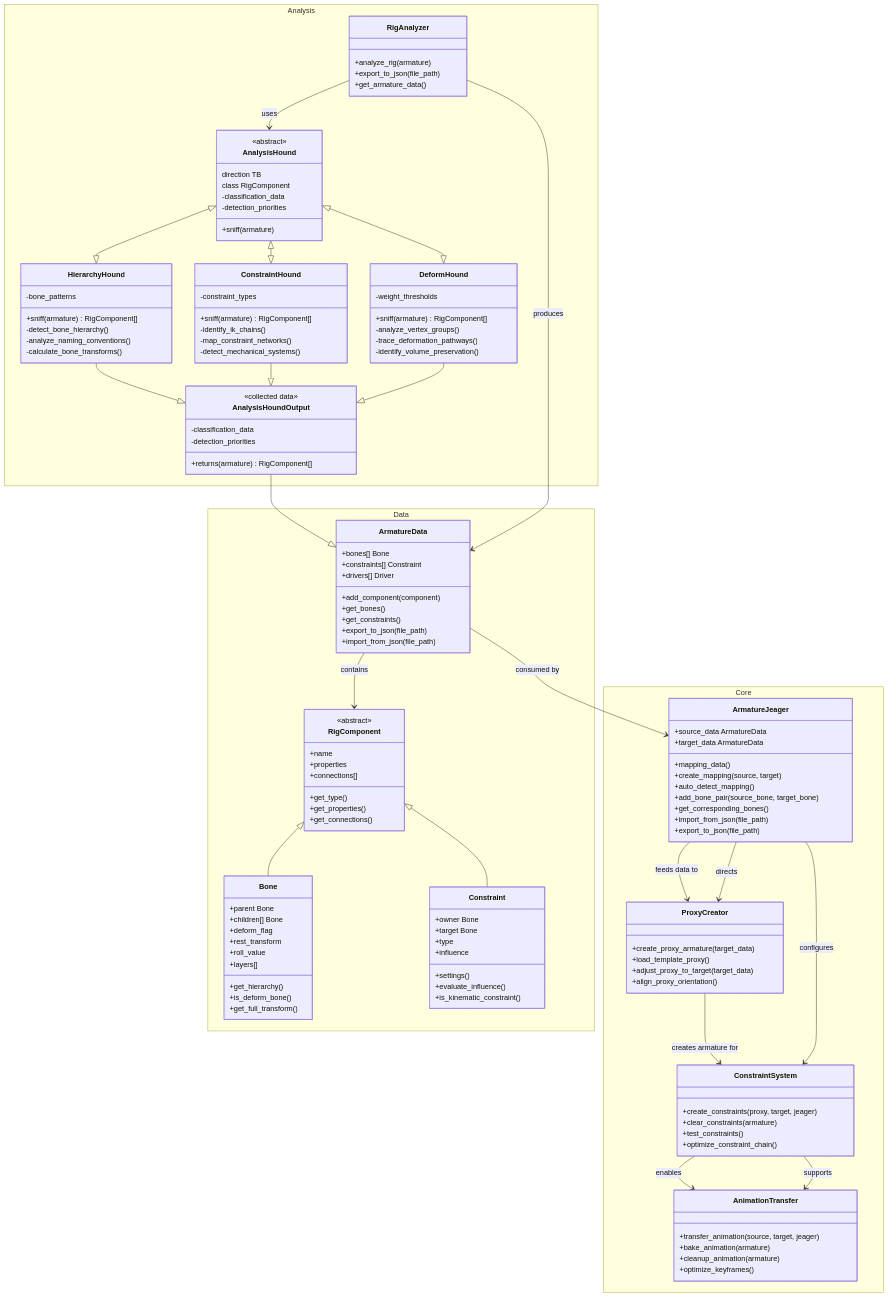
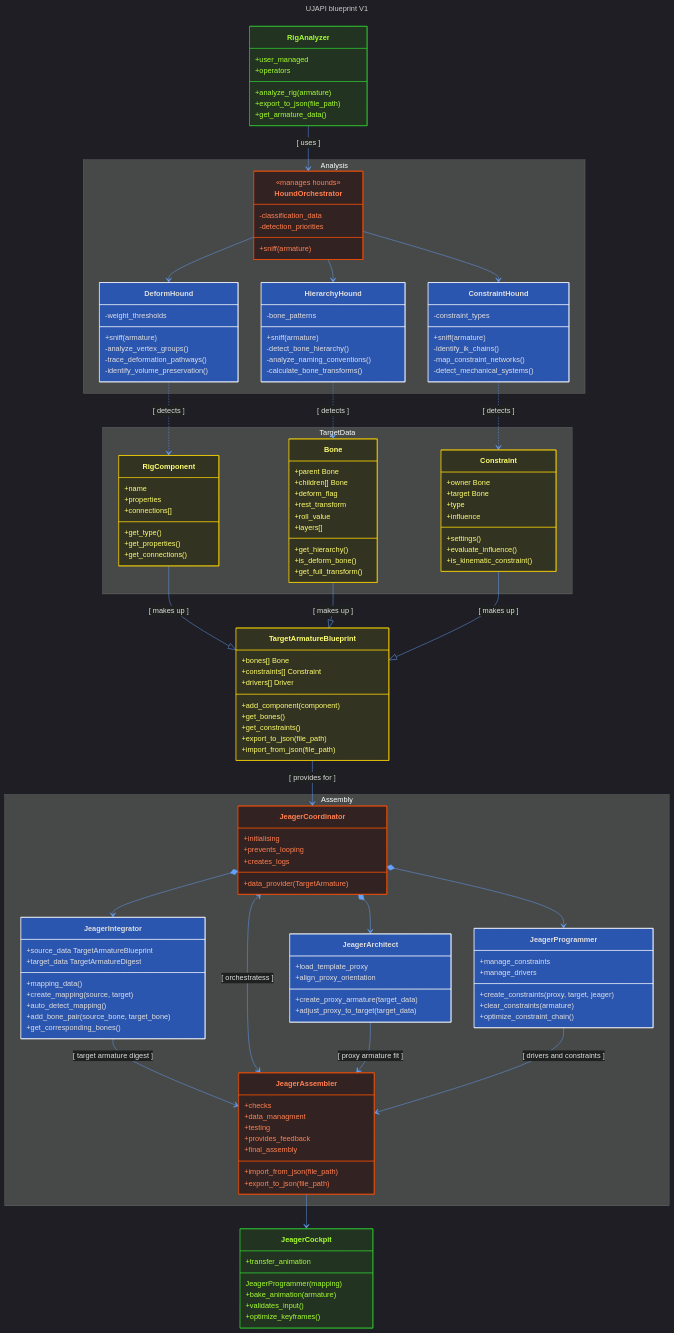
Before and after one commit to Rafael-6fx/Jeager: the diagram in STRUCTURE.md, drawn with Mermaid.

````diff
--- a/STRUCTURE.md
+++ b/STRUCTURE.md
@@ -3,77 +3,67 @@
 ```mermaid
+---
+config:
+  theme: dark
+  hideEmptyMembersBox: 'true'
+  themeVariables:
+    background: 'green'
+    primaryColor: '#333'
+    primaryBorderColor: black
+    primaryTextColor: #ff
+    lineColor: '#65a2ff'
+    secondaryBorderColor: 'red'
+    secondaryTextColor: '#08ffec'
+    noteBorderColor: aqua
+    noteBkgColor: '#181818'
+  look: classic
+  layout: dagre
+title: UJAPI blueprint V1
+---
 classDiagram
-    namespace Analysis {
-        class RigAnalyzer {
+    direction TB
+   
+        class RigAnalyzer:::green {
+            +user_managed
+            +operators
             +analyze_rig(armature)
             +export_to_json(file_path)
             +get_armature_data()
         }
-        
-        class AnalysisHound {
-            direction TB
-            <<abstract>>
-            class RigComponent
-                +sniff(armature) 
-                -classification_data
-                -detection_priorities
-            
+
+
+    namespace Analysis {
+        class HoundOrchestrator:::orange {
+            <<manages hounds>>
+            +sniff(armature)
+            -classification_data
+            -detection_priorities
+
         }
-        
-        class HierarchyHound {
-            +sniff(armature) RigComponent[]
+        class HierarchyHound:::blue {
+            +sniff(armature)
             -bone_patterns
             -detect_bone_hierarchy()
             -analyze_naming_conventions()
             -calculate_bone_transforms()
         }
-        
-        class ConstraintHound {
-            +sniff(armature) RigComponent[]
+        class ConstraintHound:::blue {
+            +sniff(armature) 
             -constraint_types
             -identify_ik_chains()
             -map_constraint_networks()
             -detect_mechanical_systems()
         }
-        
-        class DeformHound {
-            +sniff(armature) RigComponent[]
+        class DeformHound:::blue {
+            +sniff(armature) 
             -weight_thresholds
             -analyze_vertex_groups()
             -trace_deformation_pathways()
             -identify_volume_preservation()
         }
+    }
 
-        class AnalysisHoundOutput {
-            <<collected data>>
-            +returns(armature) RigComponent[]
-            -classification_data
-            -detection_priorities
-        }
-    }
-    
-    RigAnalyzer --> AnalysisHound : uses
-    AnalysisHound <|--|> HierarchyHound 
-    AnalysisHound <|--|> ConstraintHound
-    AnalysisHound <|--|> DeformHound
-    HierarchyHound  --|> AnalysisHoundOutput
-    ConstraintHound --|> AnalysisHoundOutput
-    DeformHound --|> AnalysisHoundOutput
-    AnalysisHoundOutput --|> ArmatureData
-
-    namespace Data {
-        class ArmatureData {
-            +bones[] Bone
-            +constraints[] Constraint
-            +drivers[] Driver
-            +add_component(component)
-            +get_bones()
-            +get_constraints()
-            +export_to_json(file_path)
-            +import_from_json(file_path)
-        }
-        
-        class RigComponent {
-            <<abstract>>
+    namespace TargetData {
+        class RigComponent:::yellow {
             +name
             +properties
             +connections[]
@@ -81,8 +71,7 @@
             +get_properties()
             +get_connections()
         }
-        
-        class Bone {
+        class Bone:::yellow {
             +parent Bone
             +children[] Bone
             +deform_flag
@@ -93,8 +82,7 @@
             +is_deform_bone()
             +get_full_transform()
         }
-        
-        class Constraint {
+        class Constraint:::yellow {
             +owner Bone
             +target Bone
             +type
@@ -103,56 +91,97 @@
             +evaluate_influence()
             +is_kinematic_constraint()
         }
-    
     }
-    RigComponent <|-- Bone
-    RigComponent <|-- Constraint
-    ArmatureData --> RigComponent : contains
 
-    
-    namespace Core {
-        class ArmatureJeager {
-            +source_data ArmatureData
-            +target_data ArmatureData
+    class TargetArmatureBlueprint:::yellow {
+        +bones[] Bone
+        +constraints[] Constraint
+        +drivers[] Driver
+        +add_component(component)
+        +get_bones()
+        +get_constraints()
+        +export_to_json(file_path)
+        +import_from_json(file_path)
+    }
+
+    namespace Assembly {
+        class JeagerIntegrator:::blue {
+            +source_data TargetArmatureBlueprint
+            +target_data TargetArmatureDigest
             +mapping_data()
             +create_mapping(source, target)
             +auto_detect_mapping()
             +add_bone_pair(source_bone, target_bone)
             +get_corresponding_bones()
+        }
+
+        class JeagerArchitect:::blue {
+            +create_proxy_armature(target_data)
+            +load_template_proxy
+            +adjust_proxy_to_target(target_data)
+            +align_proxy_orientation
+        }
+        class JeagerProgrammer:::blue {
+            +create_constraints(proxy, target, jeager)
+            +clear_constraints(armature)
+            +manage_constraints
+            +manage_drivers
+            +optimize_constraint_chain()
+        }
+        class JeagerCoordinator:::orange {
+            +initialising
+            +prevents_looping
+            +creates_logs
+            +data_provider(TargetArmature)
+        }
+        class JeagerAssembler:::orange {
+            +checks
+            +data_managment
+            +testing
+            +provides_feedback
+            +final_assembly
             +import_from_json(file_path)
             +export_to_json(file_path)
         }
-        
-        class ProxyCreator {
-            +create_proxy_armature(target_data)
-            +load_template_proxy()
-            +adjust_proxy_to_target(target_data)
-            +align_proxy_orientation()
-        }
-        
-        class ConstraintSystem {
-            +create_constraints(proxy, target, jeager)
-            +clear_constraints(armature)
-            +test_constraints()
-            +optimize_constraint_chain()
-        }
-        
-        class AnimationTransfer {
-            +transfer_animation(source, target, jeager)
-            +bake_animation(armature)
-            +cleanup_animation(armature)
-            +optimize_keyframes()
-        }
-        
 
     }
-    ArmatureJeager --> ProxyCreator : feeds data to
-    ProxyCreator --> ConstraintSystem : creates armature for
-    ConstraintSystem --> AnimationTransfer : enables
-    RigAnalyzer --> ArmatureData : produces
-    ArmatureData --> ArmatureJeager : consumed by
-    ArmatureJeager --> ProxyCreator : directs
-    ArmatureJeager --> ConstraintSystem : configures
-    ConstraintSystem --> AnimationTransfer : supports
-    classDef pink color:pink
+    class JeagerCockpit:::green {
+        +transfer_animation
+        JeagerProgrammer(mapping)
+        +bake_animation(armature)
+        +validates_input()
+        +optimize_keyframes()
+    }
+
+    RigAnalyzer --> HoundOrchestrator : [ uses ]
+
+    HoundOrchestrator --> HierarchyHound
+    HoundOrchestrator --> ConstraintHound
+    HoundOrchestrator --> DeformHound
+
+	HierarchyHound ..> Bone : [ detects ]
+	ConstraintHound ..> Constraint : [ detects ]
+	DeformHound ..> RigComponent : [ detects ]
+
+    RigComponent --|> TargetArmatureBlueprint : [ makes up ]
+    Bone --|> TargetArmatureBlueprint : [ makes up ]
+    Constraint --|> TargetArmatureBlueprint : [ makes up ]
+
+    JeagerIntegrator --> JeagerAssembler : [ target armature digest ]
+    TargetArmatureBlueprint --> JeagerCoordinator : [ provides for ]
+    JeagerCoordinator <--> JeagerAssembler : [ orchestratess ]
+    JeagerCoordinator *--> JeagerProgrammer
+    JeagerCoordinator *--> JeagerArchitect
+    JeagerCoordinator *--> JeagerIntegrator
+
+   
+	JeagerArchitect --> JeagerAssembler : [ proxy armature fit ]
+	JeagerProgrammer --> JeagerAssembler : [ drivers and constraints ]
+
+    JeagerAssembler --> JeagerCockpit
+    
+    classDef yellow color:#ffff70,stroke:#ffd800,fill:#332
+    classDef orange color:#ff8050,stroke:#ff5200,fill:#322
+    classDef green color:#a7ff30,stroke:limegreen,fill:#232
+    classDef blue stroke:white,fill:#2b56b0
 ```
````
